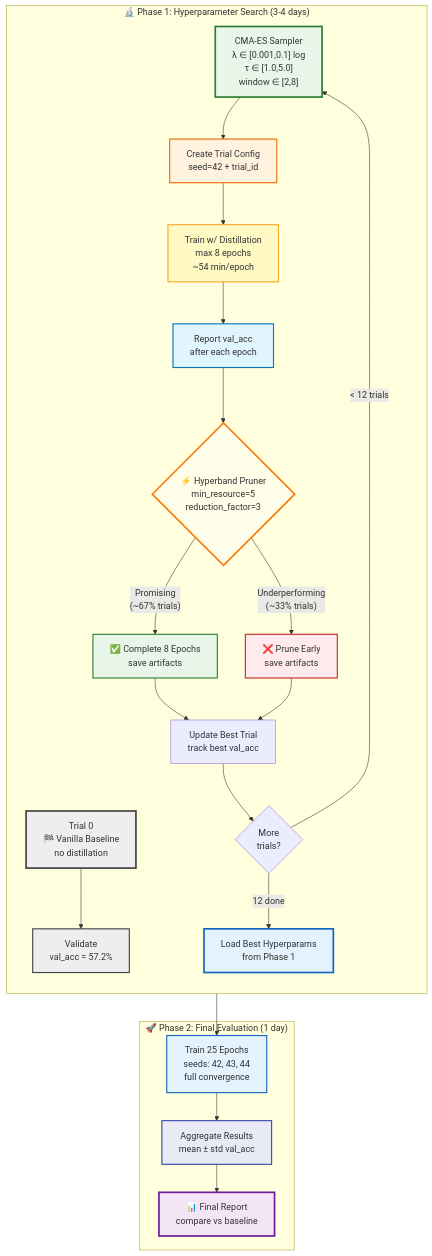
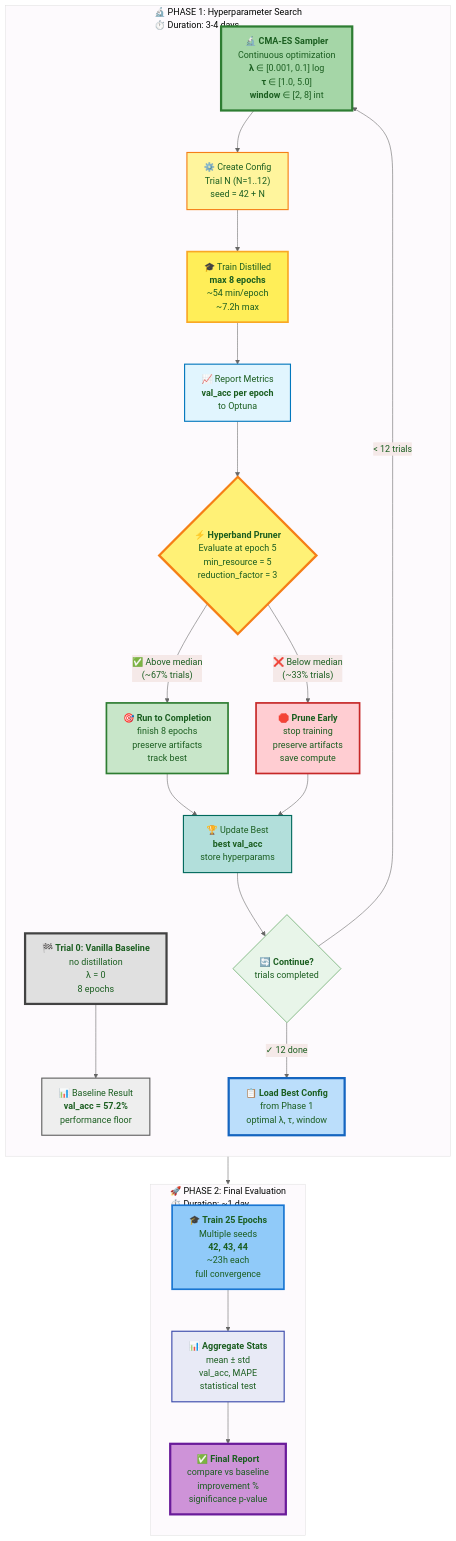
One commit to matercomus/HOSER changed the second of 2 diagrams in LMTAD-Distillation.md. Above: the diagram before and after it, drawn with Mermaid. The commit also changed other lines of this file, not shown here.

````diff
--- a/LMTAD-Distillation.md
+++ b/LMTAD-Distillation.md
@@ -130,46 +153,56 @@
 ```mermaid
+%%{init: {'theme':'base', 'themeVariables': { 'primaryColor':'#e8f5e9','primaryTextColor':'#1b5e20','primaryBorderColor':'#388e3c','lineColor':'#666'}}}%%
 flowchart TB
-  subgraph Search["🔬 Phase 1: Hyperparameter Search (3-4 days)"]
+  subgraph Search["🔬 PHASE 1: Hyperparameter Search<br/>⏱️ Duration: 3-4 days"]
     direction TB
-    A0["Trial 0<br/>🏁 Vanilla Baseline<br/>no distillation"] --> B0["Validate<br/>val_acc = 57.2%"]
+    A0["🏁 <b>Trial 0: Vanilla Baseline</b><br/>no distillation<br/>λ = 0<br/>8 epochs"]
+    A0 --> B0["📊 Baseline Result<br/><b>val_acc = 57.2%</b><br/>performance floor"]
     
-    A["CMA-ES Sampler<br/>λ ∈ [0.001,0.1] log<br/>τ ∈ [1.0,5.0]<br/>window ∈ [2,8]"] --> B["Create Trial Config<br/>seed=42 + trial_id"]
-    B --> C["Train w/ Distillation<br/>max 8 epochs<br/>~54 min/epoch"]
-    C --> D["Report val_acc<br/>after each epoch"]
-    D --> E{"⚡ Hyperband Pruner<br/>min_resource=5<br/>reduction_factor=3"}
-    E -->|"Underperforming<br/>(~33% trials)"| F["❌ Prune Early<br/>save artifacts"]
-    E -->|"Promising<br/>(~67% trials)"| G["✅ Complete 8 Epochs<br/>save artifacts"]
-    G --> H["Update Best Trial<br/>track best val_acc"]
+    A["🔬 <b>CMA-ES Sampler</b><br/>Continuous optimization<br/><b>λ</b> ∈ [0.001, 0.1] log<br/><b>τ</b> ∈ [1.0, 5.0]<br/><b>window</b> ∈ [2, 8] int"]
+    A --> B["⚙️ Create Config<br/>Trial N (N=1..12)<br/>seed = 42 + N"]
+    B --> C["🎓 Train Distilled<br/><b>max 8 epochs</b><br/>~54 min/epoch<br/>~7.2h max"]
+    C --> D["📈 Report Metrics<br/><b>val_acc per epoch</b><br/>to Optuna"]
+    D --> E{"⚡ <b>Hyperband Pruner</b><br/>Evaluate at epoch 5<br/>min_resource = 5<br/>reduction_factor = 3"}
+    E -->|"❌ Below median<br/>(~33% trials)"| F["🛑 <b>Prune Early</b><br/>stop training<br/>preserve artifacts<br/>save compute"]
+    E -->|"✅ Above median<br/>(~67% trials)"| G["🎯 <b>Run to Completion</b><br/>finish 8 epochs<br/>preserve artifacts<br/>track best"]
+    G --> H["🏆 Update Best<br/><b>best val_acc</b><br/>store hyperparams"]
     F --> H
-    H --> I{"More<br/>trials?"}
+    H --> I{"🔄 <b>Continue?</b><br/>trials completed"}
     I -->|"< 12 trials"| A
-    I -->|"12 done"| J
+    I -->|"✓ 12 done"| J
   end
 
-  subgraph Final["🚀 Phase 2: Final Evaluation (1 day)"]
-    J["Load Best Hyperparams<br/>from Phase 1"] --> K["Train 25 Epochs<br/>seeds: 42, 43, 44<br/>full convergence"]
-    K --> L["Aggregate Results<br/>mean ± std val_acc"]
-    L --> M["📊 Final Report<br/>compare vs baseline"]
+  subgraph Final["🚀 PHASE 2: Final Evaluation<br/>⏱️ Duration: ~1 day"]
+    direction TB
+    J["📋 <b>Load Best Config</b><br/>from Phase 1<br/>optimal λ, τ, window"]
+    J --> K["🎓 <b>Train 25 Epochs</b><br/>Multiple seeds<br/><b>42, 43, 44</b><br/>~23h each<br/>full convergence"]
+    K --> L["📊 <b>Aggregate Stats</b><br/>mean ± std<br/>val_acc, MAPE<br/>statistical test"]
+    L --> M["✅ <b>Final Report</b><br/>compare vs baseline<br/>improvement %<br/>significance p-value"]
   end
 
-  %% Styling for baseline
-  style A0 fill:#eeeeee,stroke:#424242,stroke-width:3px
-  style B0 fill:#eeeeee,stroke:#424242,stroke-width:2px
+  %% Styling for baseline (gray)
+  style A0 fill:#e0e0e0,stroke:#424242,stroke-width:4px
+  style B0 fill:#eeeeee,stroke:#616161,stroke-width:2px
   
-  %% Styling for hyperparameter search
-  style A fill:#e8f5e9,stroke:#2e7d32,stroke-width:3px
-  style B fill:#fff3e0,stroke:#ef6c00,stroke-width:2px
-  style C fill:#fff9c4,stroke:#f9a825,stroke-width:2px
+  %% Styling for sampler (bright green)
+  style A fill:#a5d6a7,stroke:#2e7d32,stroke-width:4px
+  
+  %% Styling for trial process (yellow gradient)
+  style B fill:#fff59d,stroke:#f57f17,stroke-width:2px
+  style C fill:#ffee58,stroke:#f9a825,stroke-width:3px
   style D fill:#e1f5fe,stroke:#0277bd,stroke-width:2px
   
-  %% Styling for pruner decision
-  style E fill:#fffde7,stroke:#f57f17,stroke-width:3px
-  style F fill:#ffebee,stroke:#c62828,stroke-width:2px
-  style G fill:#e8f5e9,stroke:#2e7d32,stroke-width:2px
+  %% Styling for pruner (bright yellow, large)
+  style E fill:#fff176,stroke:#f57f17,stroke-width:4px
   
-  %% Styling for final evaluation
-  style J fill:#e3f2fd,stroke:#1565c0,stroke-width:3px
-  style K fill:#e3f2fd,stroke:#1565c0,stroke-width:2px
+  %% Styling for outcomes
+  style F fill:#ffcdd2,stroke:#c62828,stroke-width:3px
+  style G fill:#c8e6c9,stroke:#2e7d32,stroke-width:3px
+  style H fill:#b2dfdb,stroke:#00695c,stroke-width:2px
+  
+  %% Styling for final evaluation (blue gradient)
+  style J fill:#bbdefb,stroke:#1565c0,stroke-width:4px
+  style K fill:#90caf9,stroke:#1976d2,stroke-width:3px
   style L fill:#e8eaf6,stroke:#3949ab,stroke-width:2px
-  style M fill:#f3e5f5,stroke:#6a1b9a,stroke-width:3px
+  style M fill:#ce93d8,stroke:#6a1b9a,stroke-width:4px
 ```
````
